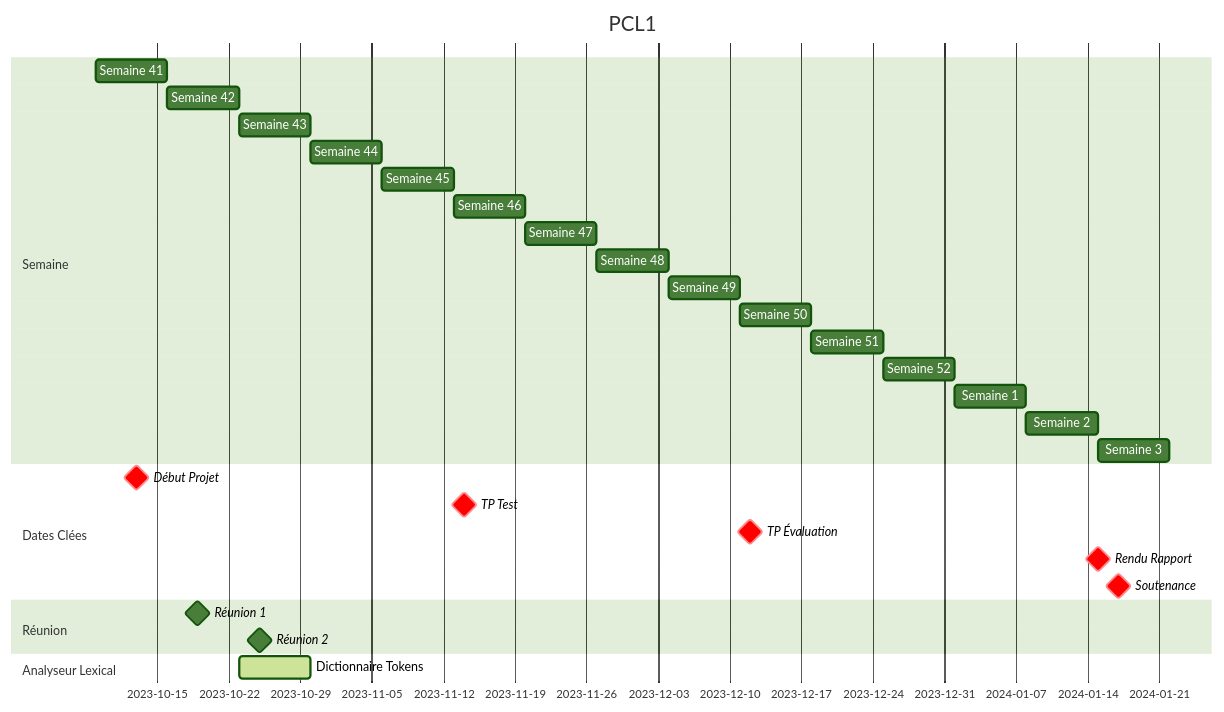
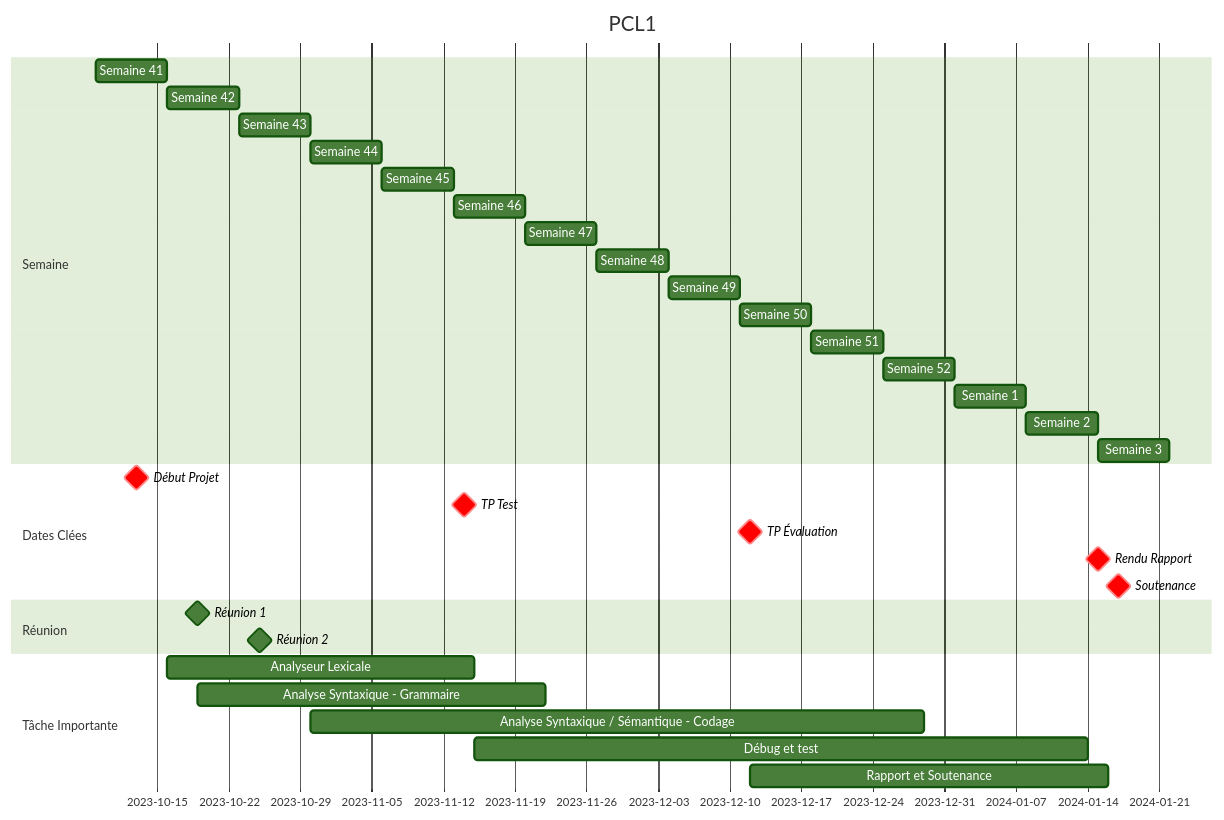
Before and after one commit to LeBoufty/pcl: the diagram in GDP/Gantt.md, drawn with Mermaid (forest theme). The commit also changed 1 other file, not shown here.

Commit message:
Finalisation Gantt

````diff
--- a/GDP/Gantt.md
+++ b/GDP/Gantt.md
@@ -4,38 +4,42 @@
 ```mermaid
 gantt
     title PCL1
     dateFormat  YYYY-MM-DD
 
     section Semaine
     Semaine 41 : s1, 2023-10-9, 7d
     Semaine 42 : s2, after s1, 7d
     Semaine 43 : s3, after s2, 7d
     Semaine 44 : s4, after s3, 7d
     Semaine 45 : s5, after s4, 7d
     Semaine 46 : s6, after s5, 7d
     Semaine 47 : s7, after s6, 7d
     Semaine 48 : s8, after s7, 7d
     Semaine 49 : s9, after s8, 7d
     Semaine 50 : s10, after s9, 7d
     Semaine 51 : s11, after s10, 7d
     Semaine 52 : s12, after s11, 7d
     Semaine 1 : s13, after s12, 7d
     Semaine 2 : s14, after s13, 7d
     Semaine 3 : s15, after s14, 7d
 
     section Dates Clées
     Début Projet          :crit, milestone, d1, 2023-10-13,
     TP Test :crit, milestone, d5, 2023-11-14,
     TP Évaluation :crit, milestone, d4, 2023-12-12,
     Rendu Rapport :crit, milestone, d3, 2024-01-15,
     Soutenance :crit, milestone, d2, 2024-01-17,
     
     section Réunion
     Réunion 1 :milestone, r1, 2023-10-19,
     Réunion 2 :milestone, r2, 2023-10-25,
 
-    section Analyseur Lexical
-    Dictionnaire Tokens : active, al1, after a1, 7d
+    section Tâche Importante
+    Analyseur Lexicale : t1, after s1, 30d
+    Analyse Syntaxique - Grammaire : t2, after r1, 34d
+    Analyse Syntaxique / Sémantique - Codage : t3, 2023-10-30, 60d
+    Débug et test : t4, 2023-11-15, 60d
+    Rapport et Soutenance : t5, after d4, 35d
     
 
 ```
````
